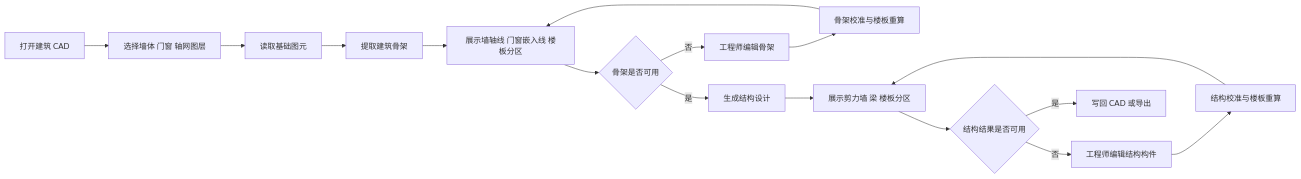
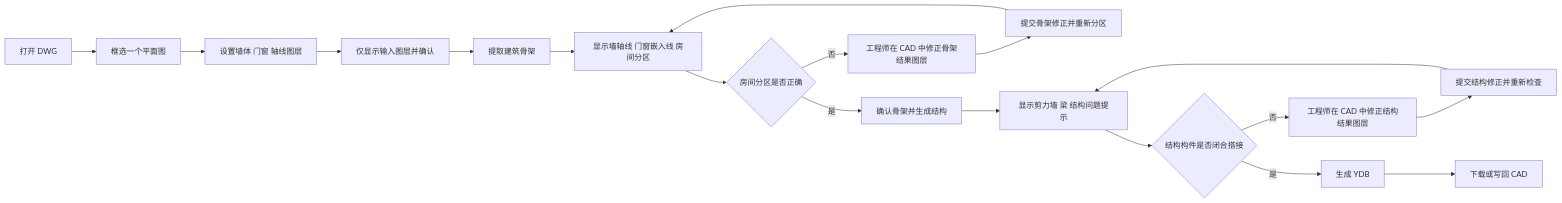
Before and after one commit to BigDevil82/axis_engine: the diagram in integration_package/02_user_workflow.md, drawn with Mermaid. The commit also changed other lines of this file and 4 other files, not shown here.

````diff
--- a/integration_package/02_user_workflow.md
+++ b/integration_package/02_user_workflow.md
@@ -5,18 +5,20 @@
 ```mermaid
 flowchart LR
-    A[打开建筑 CAD] --> B[选择墙体 门窗 轴网图层]
-    B --> C[读取基础图元]
-    C --> D[提取建筑骨架]
-    D --> E[展示墙轴线 门窗嵌入线 楼板分区]
-    E --> F{骨架是否可用}
-    F -- 否 --> G[工程师编辑骨架]
-    G --> H[骨架校准与楼板重算]
-    H --> E
-    F -- 是 --> I[生成结构设计]
-    I --> J[展示剪力墙 梁 楼板分区]
-    J --> K{结构结果是否可用}
-    K -- 否 --> L[工程师编辑结构构件]
-    L --> M[结构校准与楼板重算]
-    M --> J
-    K -- 是 --> N[写回 CAD 或导出]
+    A[打开 DWG] --> B[框选一个平面图]
+    B --> C[设置墙体 门窗 轴线图层]
+    C --> D[仅显示输入图层并确认]
+    D --> E[提取建筑骨架]
+    E --> F[显示墙轴线 门窗嵌入线 房间分区]
+    F --> G{房间分区是否正确}
+    G -- 否 --> H[工程师在 CAD 中修正骨架结果图层]
+    H --> I[提交骨架修正并重新分区]
+    I --> F
+    G -- 是 --> J[确认骨架并生成结构]
+    J --> K[显示剪力墙 梁 结构问题提示]
+    K --> L{结构构件是否闭合搭接}
+    L -- 否 --> M[工程师在 CAD 中修正结构结果图层]
+    M --> N[提交结构修正并重新检查]
+    N --> K
+    L -- 是 --> O[生成 YDB]
+    O --> P[下载或写回 CAD]
 ```
````
